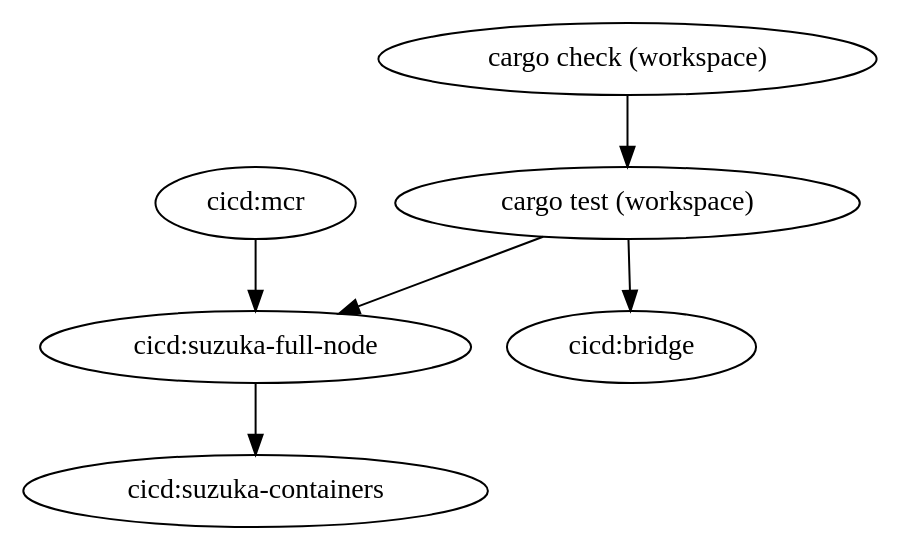
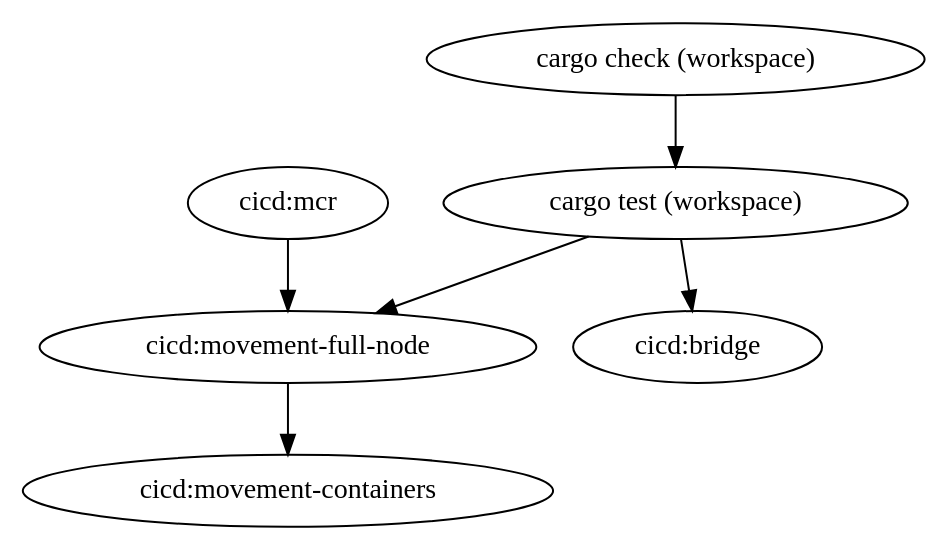
Before and after one commit to movementlabsxyz/movement: the diagram in docs/testing/pipeline/README.md, drawn with Graphviz. The commit also changed 246 other files, not shown here.

First line of the commit message:
chore!: rename suzuka-* crates to movement-*

````diff
--- a/docs/testing/pipeline/README.md
+++ b/docs/testing/pipeline/README.md
@@ -12,9 +12,9 @@
 ```dot
 digraph TestDependencies {
   "cargo check (workspace)" -> "cargo test (workspace)"
-  "cargo test (workspace)" -> "cicd:suzuka-full-node"
-  "cicd:suzuka-full-node" -> "cicd:suzuka-containers"
+  "cargo test (workspace)" -> "cicd:movement-full-node"
+  "cicd:movement-full-node" -> "cicd:movement-containers"
   "cargo test (workspace)" -> "cicd:bridge"
-  "cicd:mcr" -> "cicd:suzuka-full-node"
+  "cicd:mcr" -> "cicd:movement-full-node"
 }
 ```
````
